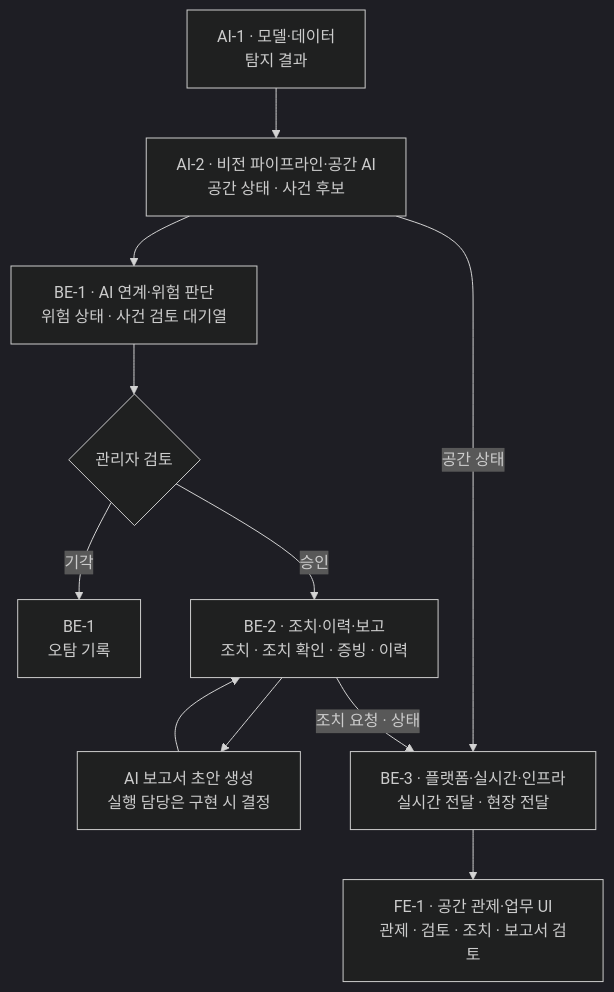
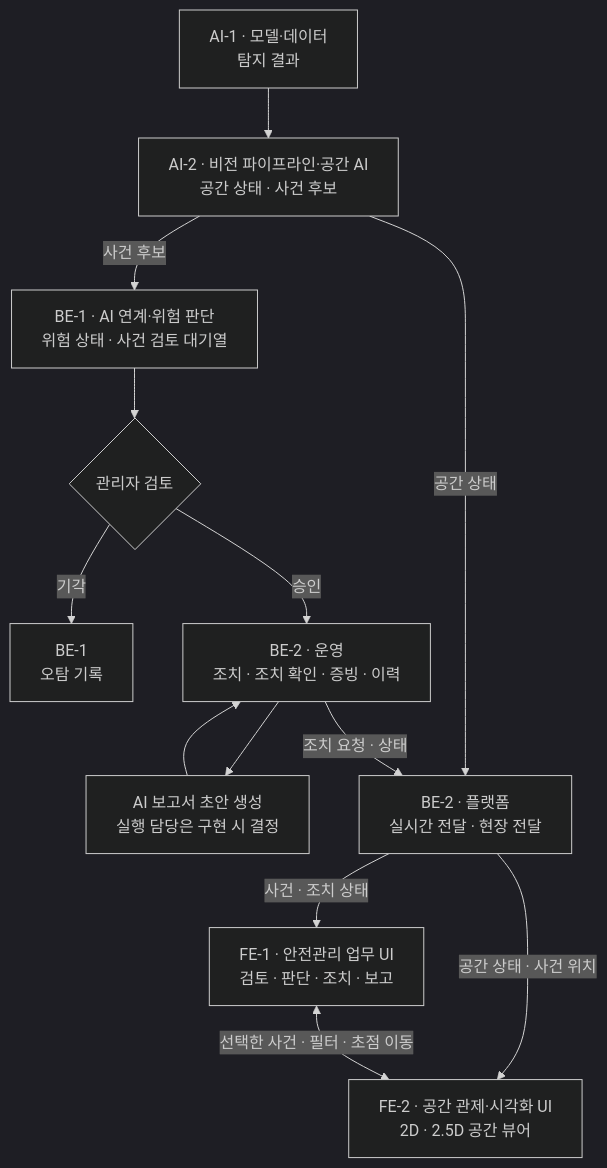
Before and after one commit to colosair/sentia-planning: the diagram in docs/02-team-and-roles.md, drawn with Mermaid (dark theme). The commit also changed other lines of this file, not shown here.

````diff
--- a/docs/02-team-and-roles.md
+++ b/docs/02-team-and-roles.md
@@ -42,19 +49,23 @@
 ```mermaid
 flowchart TD
     AI1["AI-1 · 모델·데이터<br/>탐지 결과"]
     AI2["AI-2 · 비전 파이프라인·공간 AI<br/>공간 상태 · 사건 후보"]
     BE1["BE-1 · AI 연계·위험 판단<br/>위험 상태 · 사건 검토 대기열"]
     REVIEW{"관리자 검토"}
     FALSE["BE-1<br/>오탐 기록"]
-    BE2["BE-2 · 조치·이력·보고<br/>조치 · 조치 확인 · 증빙 · 이력"]
+    OPS["BE-2 · 운영<br/>조치 · 조치 확인 · 증빙 · 이력"]
     REPORT["AI 보고서 초안 생성<br/>실행 담당은 구현 시 결정"]
-    BE3["BE-3 · 플랫폼·실시간·인프라<br/>실시간 전달 · 현장 전달"]
-    FE1["FE-1 · 공간 관제·업무 UI<br/>관제 · 검토 · 조치 · 보고서 검토"]
-    AI1 --> AI2 --> BE1 --> REVIEW
+    PLAT["BE-2 · 플랫폼<br/>실시간 전달 · 현장 전달"]
+    FE1["FE-1 · 안전관리 업무 UI<br/>검토 · 판단 · 조치 · 보고"]
+    FE2["FE-2 · 공간 관제·시각화 UI<br/>2D · 2.5D 공간 뷰어"]
+    AI1 --> AI2
+    AI2 -->|공간 상태| PLAT
+    AI2 -->|사건 후보| BE1 --> REVIEW
     REVIEW -->|기각| FALSE
-    REVIEW -->|승인| BE2
-    BE2 --> REPORT --> BE2
-    AI2 -->|공간 상태| BE3
-    BE2 -->|조치 요청 · 상태| BE3
-    BE3 --> FE1
+    REVIEW -->|승인| OPS
+    OPS --> REPORT --> OPS
+    OPS -->|조치 요청 · 상태| PLAT
+    PLAT -->|공간 상태 · 사건 위치| FE2
+    PLAT -->|사건 · 조치 상태| FE1
+    FE1 <-->|선택한 사건 · 필터 · 초점 이동| FE2
 ```
````
